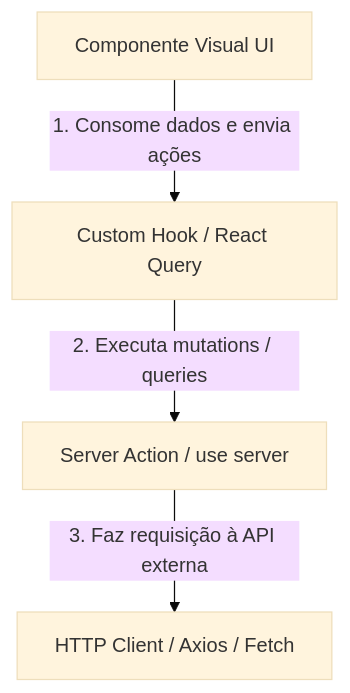
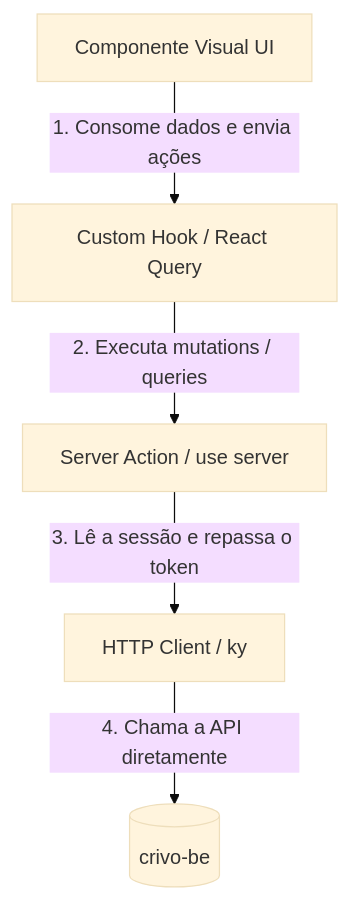
The diagram in crivo-fe/docs/SKILLS.md (crivo-sync/crivo), drawn with Mermaid (base theme) before and after one commit. The commit also changed other lines of this file and 67 other files, not shown here.

Commit message:
feat: implement authentication flow and patient management dashboard with MUI integration

````diff
--- a/crivo-fe/docs/SKILLS.md
+++ b/crivo-fe/docs/SKILLS.md
@@ -54,6 +54,7 @@
 ```mermaid
 graph TD
     Component[Componente Visual UI] -->|1. Consome dados e envia ações| Hook[Custom Hook / React Query]
     Hook -->|2. Executa mutations / queries| Action[Server Action / use server]
-    Action -->|3. Faz requisição à API externa| HTTP[HTTP Client / Axios / Fetch]
+    Action -->|3. Lê a sessão e repassa o token| HTTP[HTTP Client / ky]
+    HTTP -->|4. Chama a API diretamente| Backend[(crivo-be)]
 ```
````
